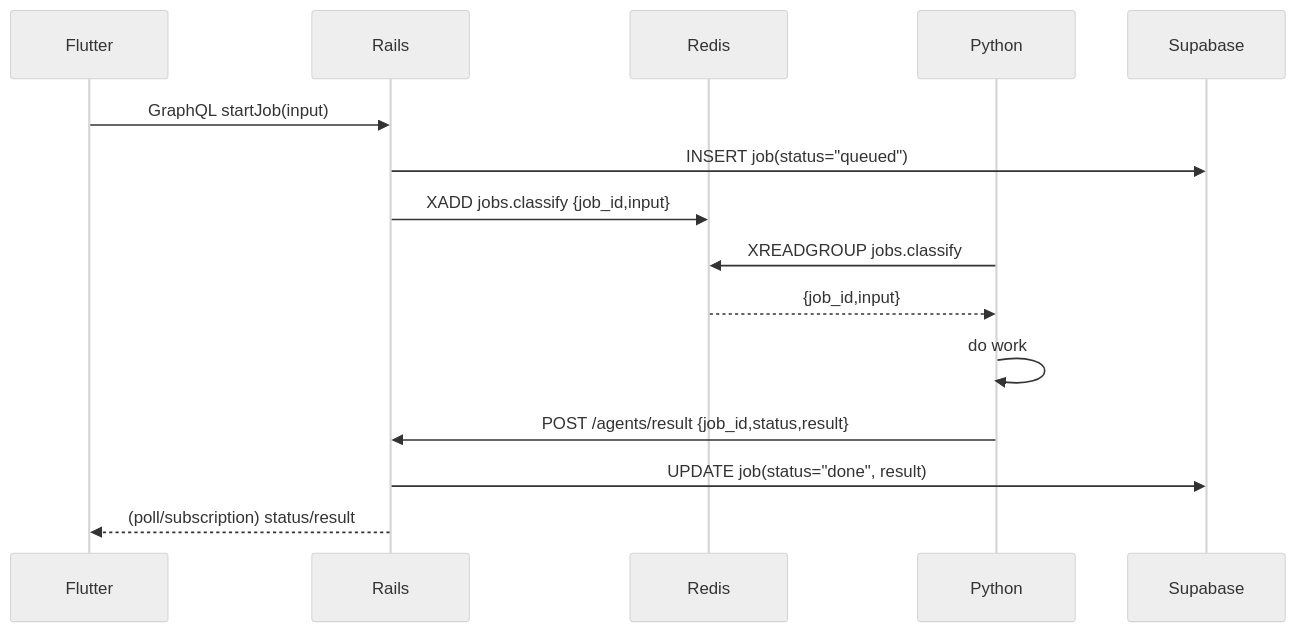
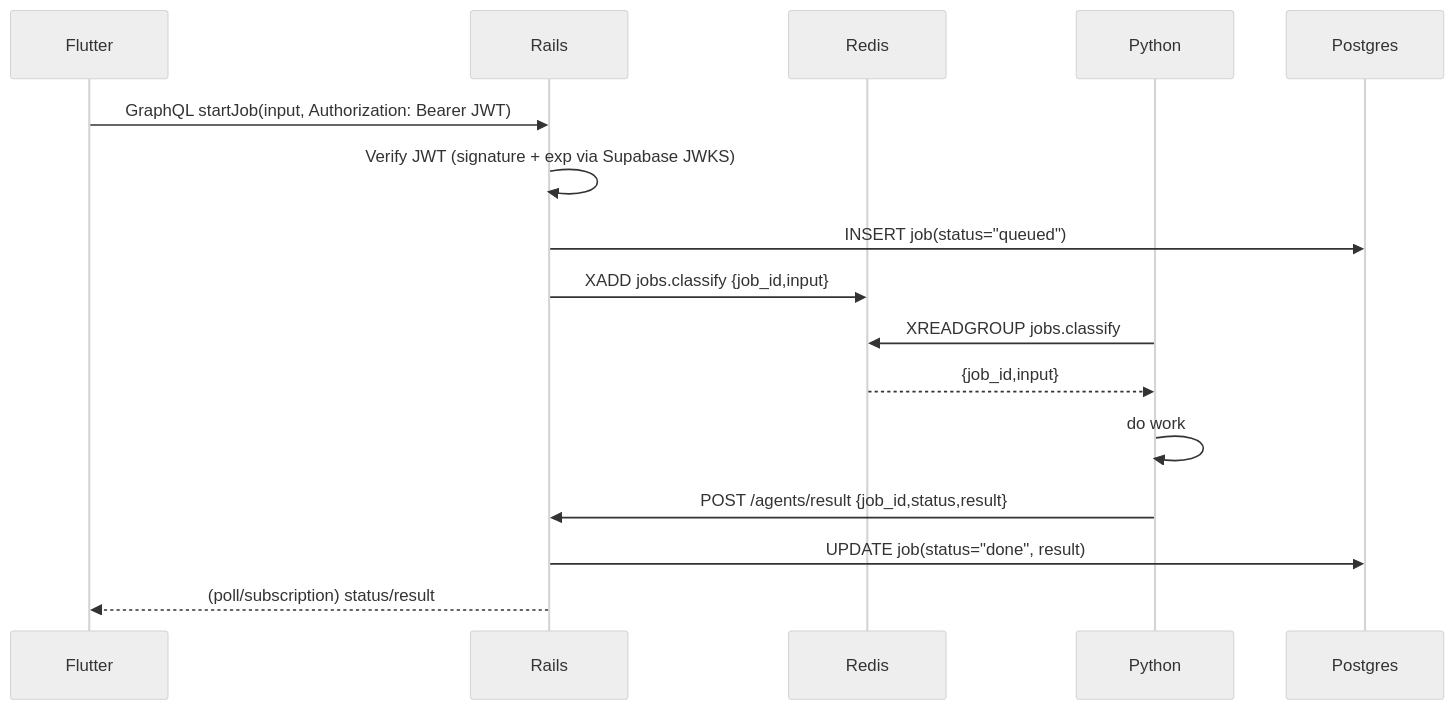
The diagram in README.md (Tanker2020/VTHACKS2025), drawn with Mermaid (neutral theme) before and after one commit. The commit also changed 115 other files, not shown here.

````diff
--- a/README.md
+++ b/README.md
@@ -11,17 +11,19 @@
 ```mermaid
 sequenceDiagram
   participant Flutter
   participant Rails
   participant Redis
   participant Python
+  participant Postgres
 
-  Flutter->>Rails: GraphQL startJob(input)
-  Rails->>Supabase: INSERT job(status="queued")
+  Flutter->>Rails: GraphQL startJob(input, Authorization: Bearer JWT)
+  Rails->>Rails: Verify JWT (signature + exp via Supabase JWKS)
+  Rails->>Postgres: INSERT job(status="queued")
   Rails->>Redis: XADD jobs.classify {job_id,input}
   Python->>Redis: XREADGROUP jobs.classify
   Redis-->>Python: {job_id,input}
   Python->>Python: do work
   Python->>Rails: POST /agents/result {job_id,status,result}
-  Rails->>Supabase: UPDATE job(status="done", result)
+  Rails->>Postgres: UPDATE job(status="done", result)
   Rails-->>Flutter: (poll/subscription) status/result
 ```
````
